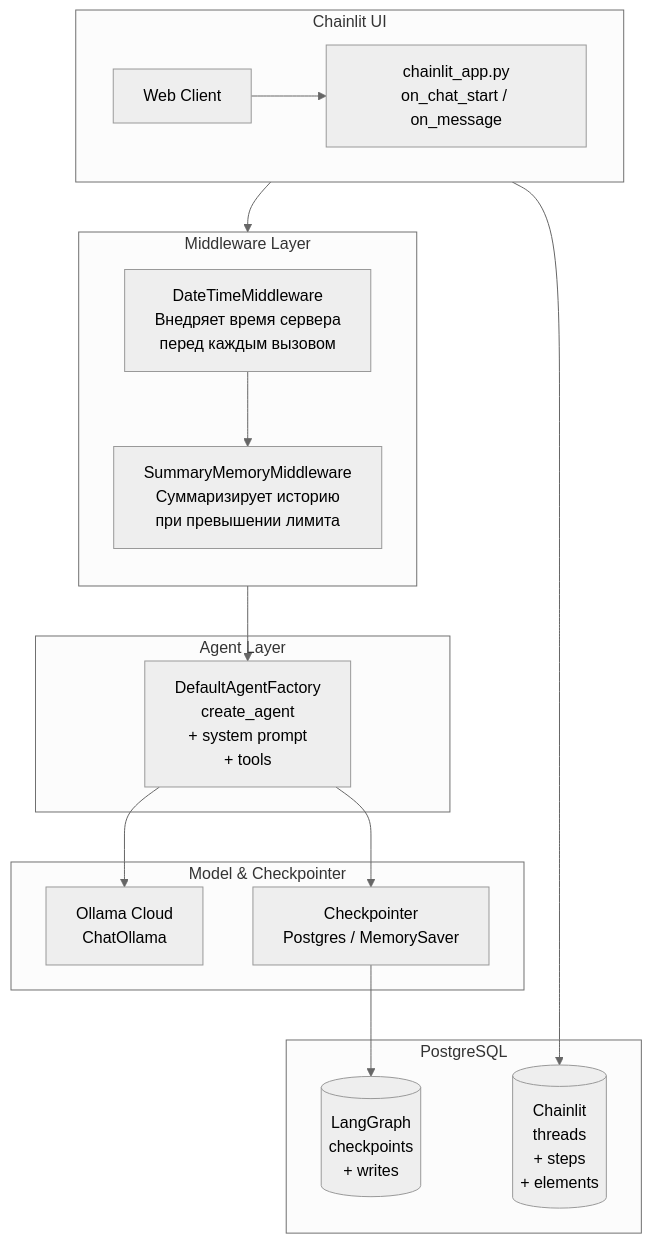
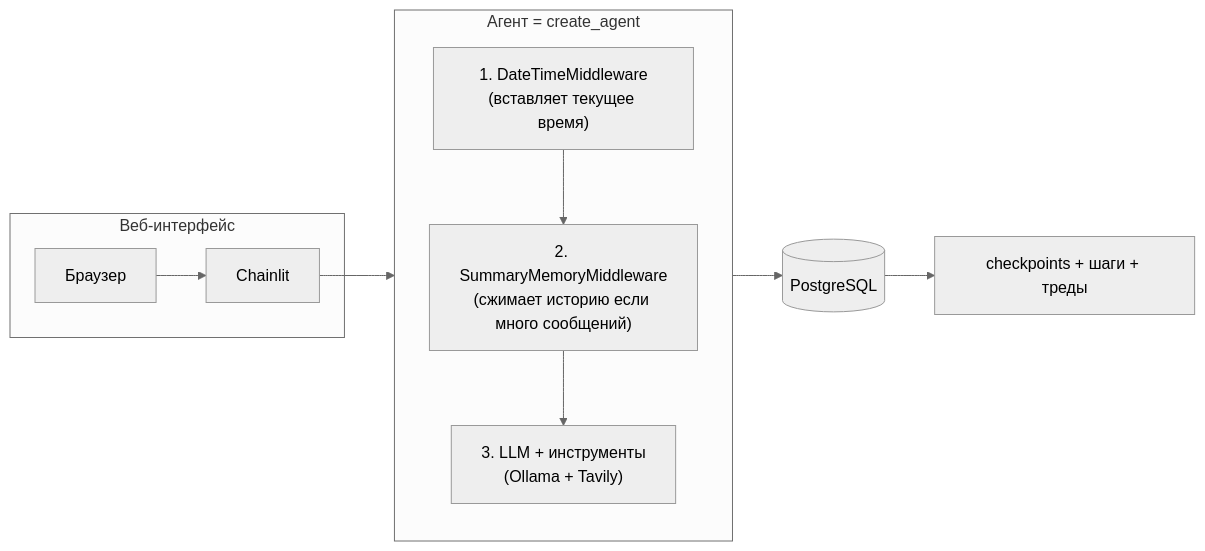
One commit to Piankov-Michail/agent changed the first of 3 diagrams in README.md. Above: the diagram before and after it, drawn with Mermaid (neutral theme). The commit also changed other lines of this file, not shown here.

````diff
--- a/README.md
+++ b/README.md
@@ -17,35 +54,18 @@
 ```mermaid
-flowchart TB
-    subgraph UI["Chainlit UI"]
-        direction LR
-        WC[Web Client] --> CA[chainlit_app.py<br/>on_chat_start / on_message]
+flowchart LR
+    subgraph UI["Веб-интерфейс"]
+        WC[Браузер] --> CA[Chainlit]
     end
 
-    subgraph ML["Middleware Layer"]
-        direction TB
-        DT[DateTimeMiddleware<br/>Внедряет время сервера<br/>перед каждым вызовом]
-        SM[SummaryMemoryMiddleware<br/>Суммаризирует историю<br/>при превышении лимита]
+    CA --> A[Агент]
+
+    subgraph A[Агент = create_agent]
+        DT["1. DateTimeMiddleware<br/>(вставляет текущее время)"]
+        SM["2. SummaryMemoryMiddleware<br/>(сжимает историю если много сообщений)"]
+        AGT["3. LLM + инструменты<br/>(Ollama + Tavily)"]
+        DT --> SM --> AGT
     end
 
-    subgraph AG["Agent Layer"]
-        AGT[DefaultAgentFactory<br/>create_agent<br/>+ system prompt<br/>+ tools]
-    end
-
-    subgraph MC["Model & Checkpointer"]
-        OLL[Ollama Cloud<br/>ChatOllama]
-        CP[Checkpointer<br/>Postgres / MemorySaver]
-    end
-
-    subgraph DB["PostgreSQL"]
-        LG_DB[(LangGraph<br/>checkpoints<br/>+ writes)]
-        CL_DB[(Chainlit<br/>threads<br/>+ steps<br/>+ elements)]
-    end
-
-    CA --> DT
-    DT --> SM
-    SM --> AGT
-    AGT --> OLL
-    AGT --> CP
-    CP --> LG_DB
-    CA --> CL_DB
+    A --> DB[(PostgreSQL)]
+    DB --> CH[checkpoints + шаги + треды]
 ```
````
